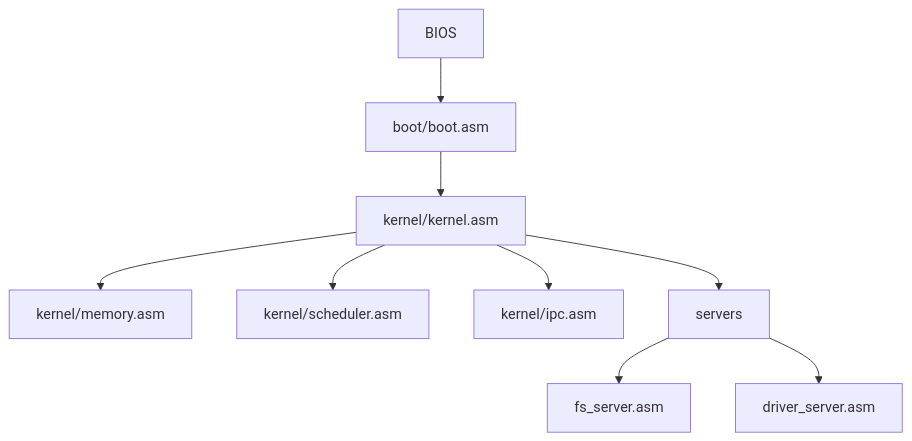
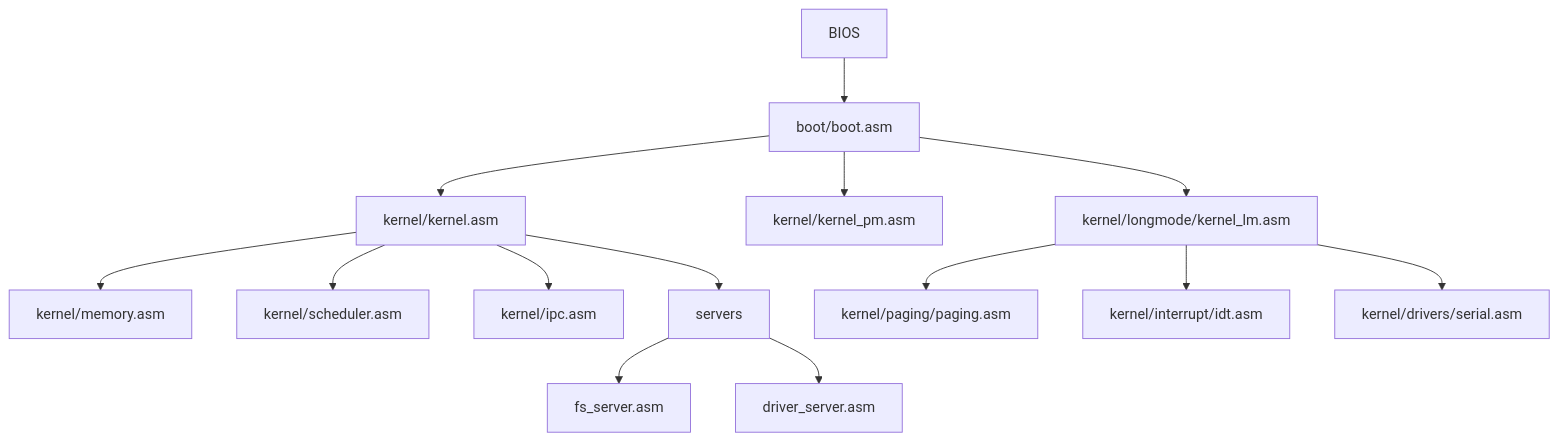
Before and after one commit to m-axl/microkernel-asm: the diagram in docs/architecture.md, drawn with Mermaid. The commit also changed other lines of this file and 22 other files, not shown here.

First line of the commit message:
feat(architecture): establish NeXus milestone 2 structure

````diff
--- a/docs/architecture.md
+++ b/docs/architecture.md
@@ -20,11 +30,16 @@
 ```mermaid
 flowchart TD
     BIOS[BIOS] --> Boot[boot/boot.asm]
     Boot --> Kernel[kernel/kernel.asm]
+    Boot --> PM[kernel/kernel_pm.asm]
+    Boot --> LM[kernel/longmode/kernel_lm.asm]
     Kernel --> Memory[kernel/memory.asm]
     Kernel --> Scheduler[kernel/scheduler.asm]
     Kernel --> IPC[kernel/ipc.asm]
+    LM --> Paging[kernel/paging/paging.asm]
+    LM --> IDT[kernel/interrupt/idt.asm]
+    LM --> Serial[kernel/drivers/serial.asm]
     Kernel --> Servers[servers]
     Servers --> FS[fs_server.asm]
     Servers --> Driver[driver_server.asm]
 ```
````
